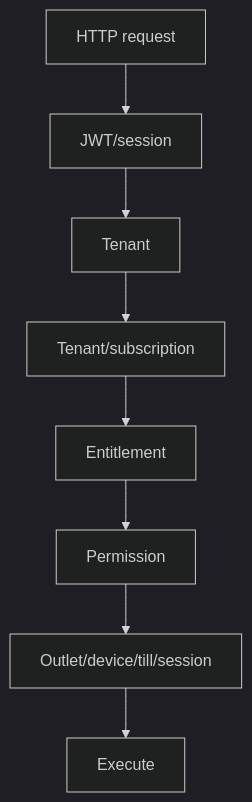
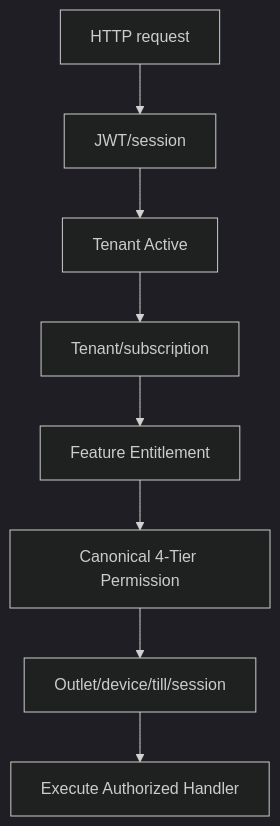
One commit to unicomproject/Pos-system-Knowledge changed the diagram in 02_ACCESS_CONTROL/API_Authorization_Rules.md. Above: the diagram before and after it, drawn with Mermaid (dark theme). The commit also changed other lines of this file and 203 other files, not shown here.

````diff
--- a/02_ACCESS_CONTROL/API_Authorization_Rules.md
+++ b/02_ACCESS_CONTROL/API_Authorization_Rules.md
@@ -24,10 +20,10 @@
 ```mermaid
 flowchart TD
     A[HTTP request] --> B[JWT/session]
-    B --> C[Tenant]
+    B --> C[Tenant Active]
     C --> D[Tenant/subscription]
-    D --> E[Entitlement]
-    E --> F[Permission]
+    D --> E[Feature Entitlement]
+    E --> F[Canonical 4-Tier Permission]
     F --> G[Outlet/device/till/session]
-    G --> H[Execute]
+    G --> H[Execute Authorized Handler]
 ```
````
